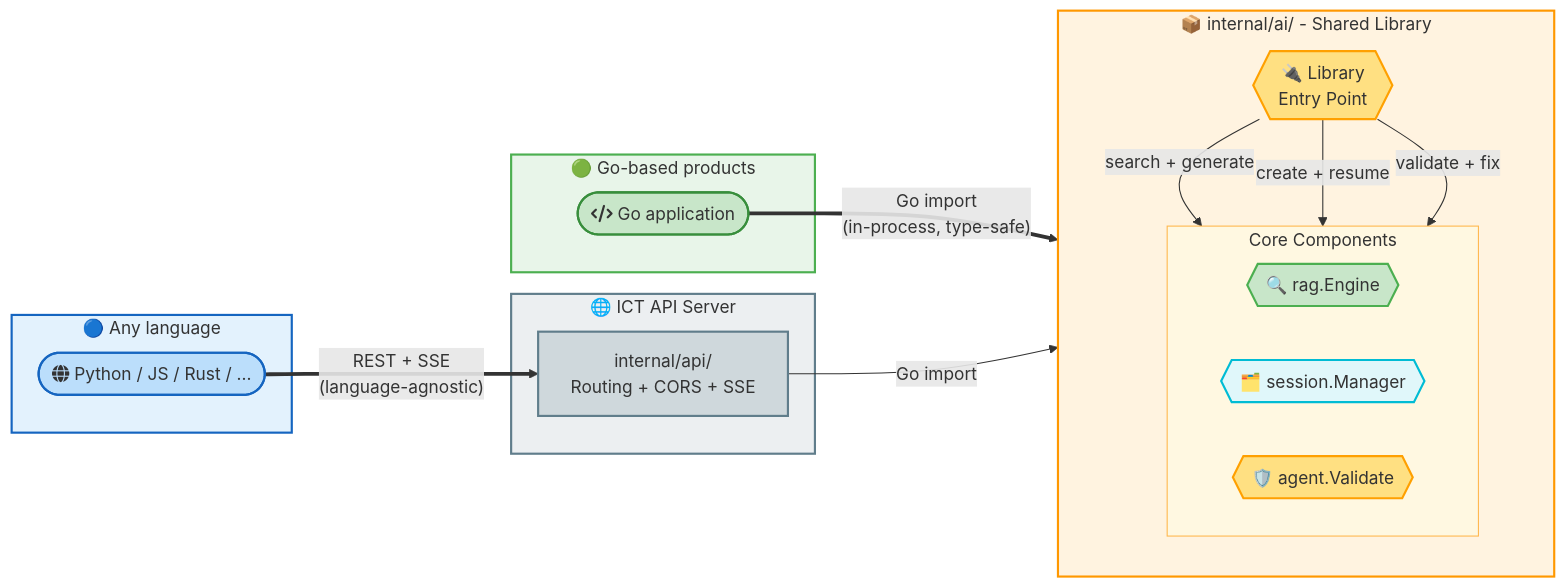
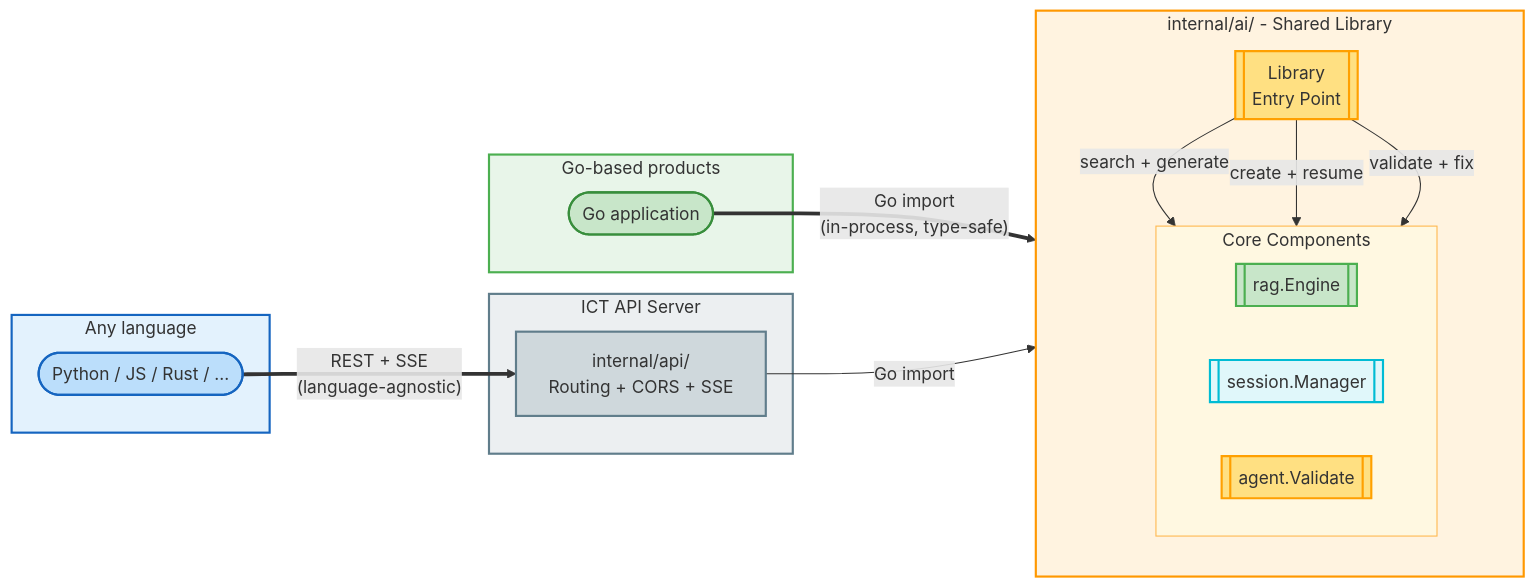
The sixth of 6 diagrams in docs/architecture/adr-web-interface-architecture.md (open-edge-platform/image-composer-tool), drawn with Mermaid before and after one commit. The commit also changed other lines of this file, not shown here.

First line of the commit message:
docs(architecture): fix Mermaid diagrams for GitHub rendering

````diff
--- a/docs/architecture/adr-web-interface-architecture.md
+++ b/docs/architecture/adr-web-interface-architecture.md
@@ -645,54 +645,54 @@
 ```mermaid
 flowchart LR
     %% ── External consumers ──
-    subgraph GoProducts["🟢 Go-based products"]
-        GP(["fa:fa-code Go application"])
+    subgraph GoProducts["Go-based products"]
+        GP(["Go application"])
     end
 
-    subgraph AnyLang["🔵 Any language"]
-        EP(["fa:fa-globe Python / JS / Rust / ..."])
+    subgraph AnyLang["Any language"]
+        EP(["Python / JS / Rust / ..."])
     end
 
     %% ── ICT API Server (thin wrapper) ──
-    subgraph APIServer["🌐 ICT API Server"]
+    subgraph APIServer["ICT API Server"]
         APIS["internal/api/\nRouting + CORS + SSE"]
     end
 
     %% ── Shared Library ──
-    subgraph Library["📦 internal/ai/ - Shared Library"]
+    subgraph Library["internal/ai/ - Shared Library"]
         direction TB
-        LIB{{"🔌 Library\nEntry Point"}}
+        LIB[["Library\nEntry Point"]]
 
         subgraph LibComponents["Core Components"]
             direction LR
-            EN{{"🔍 rag.Engine"}}
-            SM2{{"🗂️ session.Manager"}}
-            AG2{{"🛡️ agent.Validate"}}
+            EN[["rag.Engine"]]
+            SM2[["session.Manager"]]
+            AG2[["agent.Validate"]]
         end
 
         LIB -->|"search + generate"| EN
         LIB -->|"create + resume"| SM2
         LIB -->|"validate + fix"| AG2
     end
 
     %% ── Integration edges ──
     GP ==>|"Go import\n(in-process, type-safe)"| LIB
     EP ==>|"REST + SSE\n(language-agnostic)"| APIS
     APIS -->|"Go import"| LIB
 
     %% ── Styles: Subgraphs ──
     style GoProducts fill:#E8F5E9,stroke:#4CAF50,stroke-width:2px
     style AnyLang fill:#E3F2FD,stroke:#1565C0,stroke-width:2px
     style Library fill:#FFF3E0,stroke:#FF9800,stroke-width:2px
     style LibComponents fill:#FFF8E1,stroke:#FFB74D,stroke-width:1px
     style APIServer fill:#ECEFF1,stroke:#607D8B,stroke-width:2px
 
     %% ── Styles: Nodes ──
     style GP fill:#C8E6C9,stroke:#388E3C,stroke-width:2px
     style EP fill:#BBDEFB,stroke:#1565C0,stroke-width:2px
     style APIS fill:#CFD8DC,stroke:#607D8B,stroke-width:2px
     style LIB fill:#FFE082,stroke:#FFA000,stroke-width:2px
     style EN fill:#C8E6C9,stroke:#4CAF50,stroke-width:2px
     style SM2 fill:#E0F7FA,stroke:#00BCD4,stroke-width:2px
     style AG2 fill:#FFE082,stroke:#FFA000,stroke-width:2px
 ```
````
